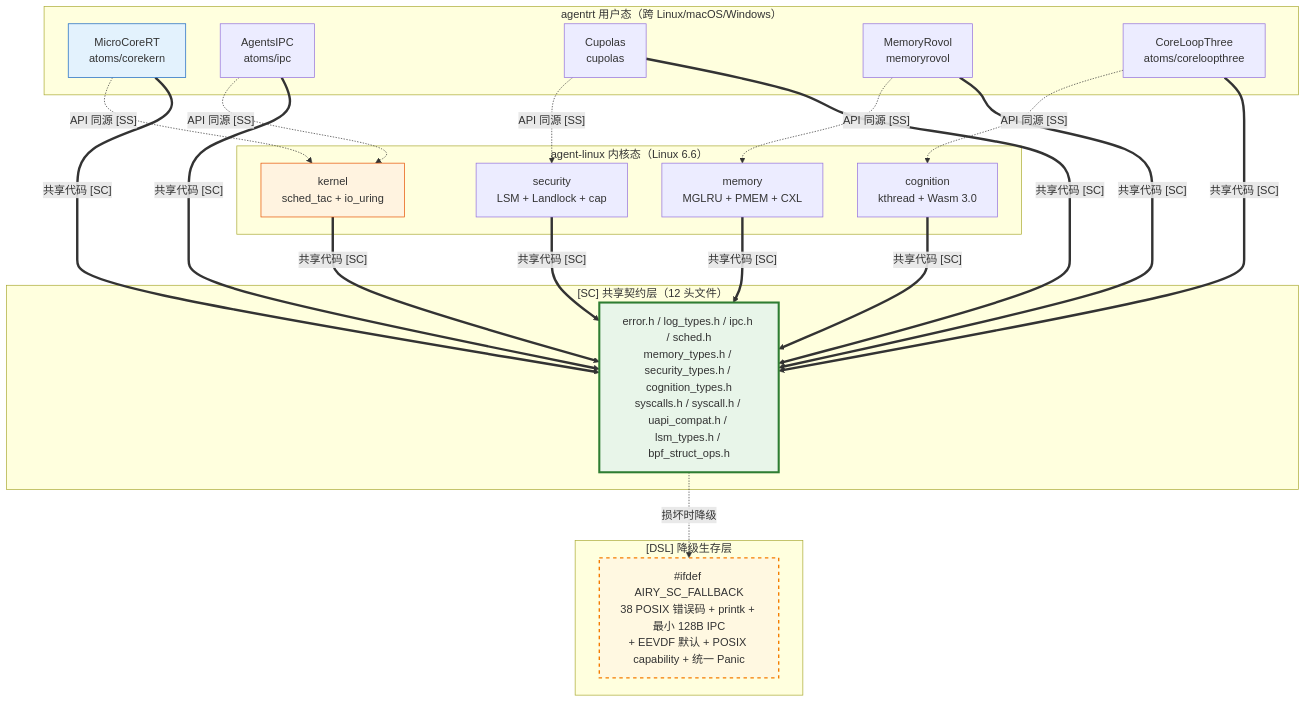
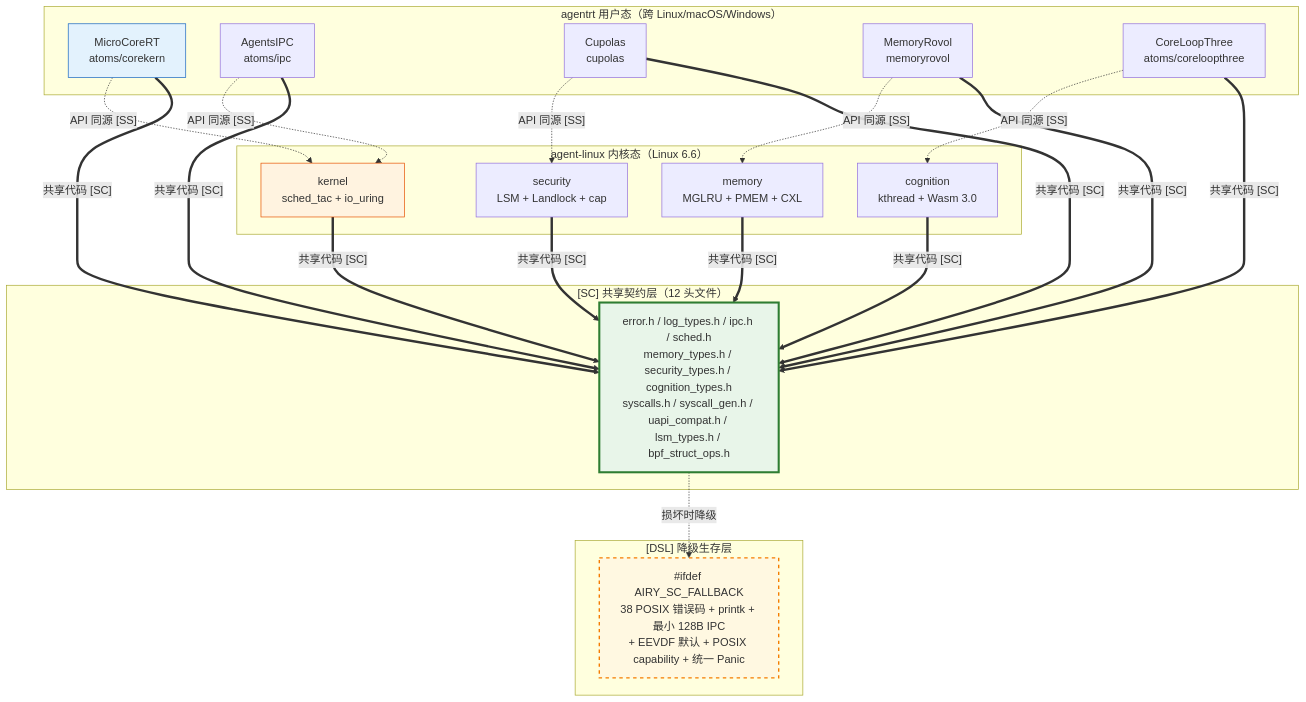
One commit to openairymax/docs-linux changed the diagram in 10-architecture/01-system-architecture.md. Above: the diagram before and after it, drawn with Mermaid. The commit also changed other lines of this file and 28 other files, not shown here.

````diff
--- a/10-architecture/01-system-architecture.md
+++ b/10-architecture/01-system-architecture.md
@@ -307,48 +307,48 @@
 ```mermaid
 graph TB
     subgraph "agentrt 用户态（跨 Linux/macOS/Windows）"
         RT_CORE[MicroCoreRT<br/>atoms/corekern]
         RT_IPC[AgentsIPC<br/>atoms/ipc]
         RT_SEC[Cupolas<br/>cupolas]
         RT_MEM[MemoryRovol<br/>memoryrovol]
         RT_COG[CoreLoopThree<br/>atoms/coreloopthree]
     end
 
     subgraph "agent-linux 内核态（Linux 6.6）"
         OS_KERN[kernel<br/>sched_tac + io_uring]
         OS_SEC[security<br/>LSM + Landlock + cap]
         OS_MEM[memory<br/>MGLRU + PMEM + CXL]
         OS_COG[cognition<br/>kthread + Wasm 3.0]
     end
 
     subgraph "[SC] 共享契约层（12 头文件）"
-        SC[error.h / log_types.h / ipc.h / sched.h<br/>memory_types.h / security_types.h / cognition_types.h<br/>syscalls.h / syscall.h / uapi_compat.h / lsm_types.h / bpf_struct_ops.h]
+        SC[error.h / log_types.h / ipc.h / sched.h<br/>memory_types.h / security_types.h / cognition_types.h<br/>syscalls.h / syscall_gen.h / uapi_compat.h / lsm_types.h / bpf_struct_ops.h]
     end
 
     subgraph "[DSL] 降级生存层"
         DSL["#ifdef AIRY_SC_FALLBACK<br/>38 POSIX 错误码 + printk + 最小 128B IPC<br/>+ EEVDF 默认 + POSIX capability + 统一 Panic"]
     end
 
     RT_CORE -.->|"API 同源 [SS]"| OS_KERN
     RT_IPC -.->|"API 同源 [SS]"| OS_KERN
     RT_SEC -.->|"API 同源 [SS]"| OS_SEC
     RT_MEM -.->|"API 同源 [SS]"| OS_MEM
     RT_COG -.->|"API 同源 [SS]"| OS_COG
 
     RT_CORE ==>|"共享代码 [SC]"| SC
     RT_IPC ==>|"共享代码 [SC]"| SC
     RT_SEC ==>|"共享代码 [SC]"| SC
     RT_MEM ==>|"共享代码 [SC]"| SC
     RT_COG ==>|"共享代码 [SC]"| SC
     OS_KERN ==>|"共享代码 [SC]"| SC
     OS_SEC ==>|"共享代码 [SC]"| SC
     OS_MEM ==>|"共享代码 [SC]"| SC
     OS_COG ==>|"共享代码 [SC]"| SC
 
     SC -.->|"损坏时降级"| DSL
 
     style SC fill:#e8f5e9,stroke:#2e7d32,stroke-width:3px
     style DSL fill:#fff8e1,stroke:#f57c00,stroke-width:2px,stroke-dasharray: 5 5
     style RT_CORE fill:#e3f2fd,stroke:#1565c0
     style OS_KERN fill:#fff3e0,stroke:#e65100
 ```
````
